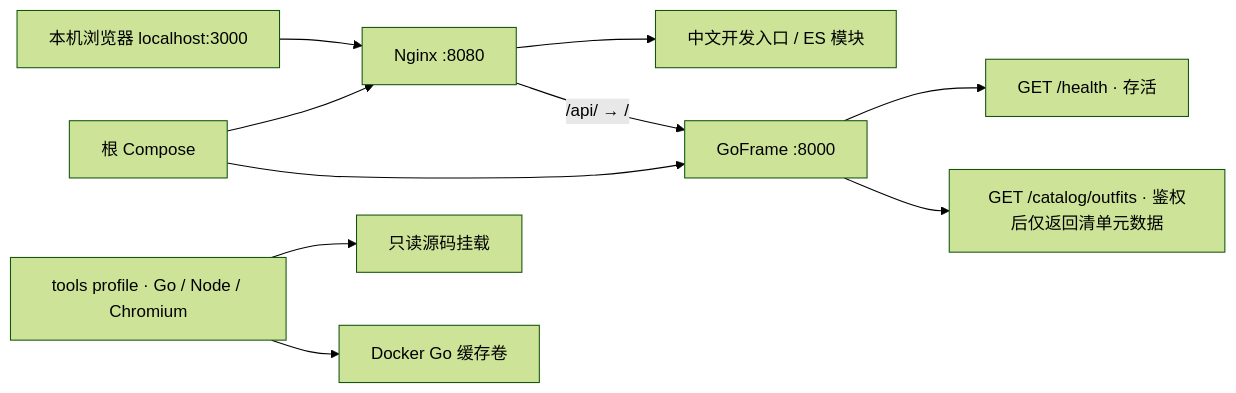
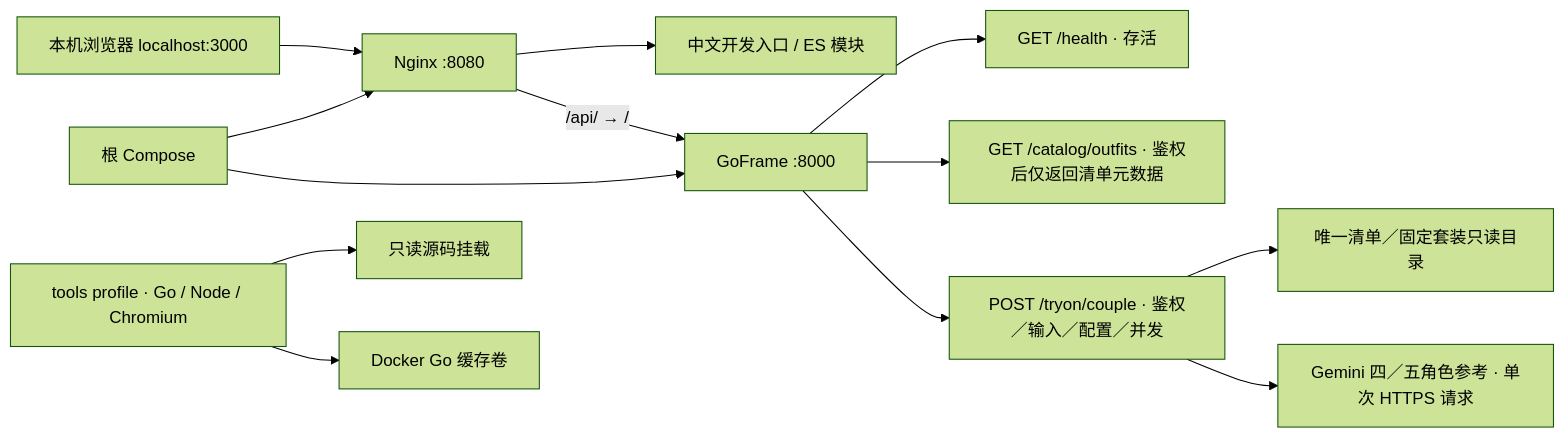
Before and after one commit to ZT1314888/VowMirror: the diagram in docs/Project_Architecture_Blueprint.md, drawn with Mermaid (forest theme). The commit also changed other lines of this file and 29 other files, not shown here.

Commit message:
feat: 完成 Phase 3 婚礼双人生成 API 与多图核心

````diff
--- a/docs/Project_Architecture_Blueprint.md
+++ b/docs/Project_Architecture_Blueprint.md
@@ -7,12 +7,15 @@
 ```mermaid
 flowchart LR
   Browser["本机浏览器 localhost:3000"] --> Web["Nginx :8080"]
   Web --> Static["中文开发入口 / ES 模块"]
   Web -->|"/api/ → /"| Backend["GoFrame :8000"]
   Backend --> Health["GET /health · 存活"]
   Backend --> Catalog["GET /catalog/outfits · 鉴权后仅返回清单元数据"]
+  Backend --> Couple["POST /tryon/couple · 鉴权／输入／配置／并发"]
+  Couple --> Outfits["唯一清单／固定套装只读目录"]
+  Couple --> Gemini["Gemini 四／五角色参考 · 单次 HTTPS 请求"]
   Compose["根 Compose"] --> Web
   Compose --> Backend
   Tools["tools profile · Go / Node / Chromium"] --> Source["只读源码挂载"]
   Tools --> Cache["Docker Go 缓存卷"]
 ```
````
